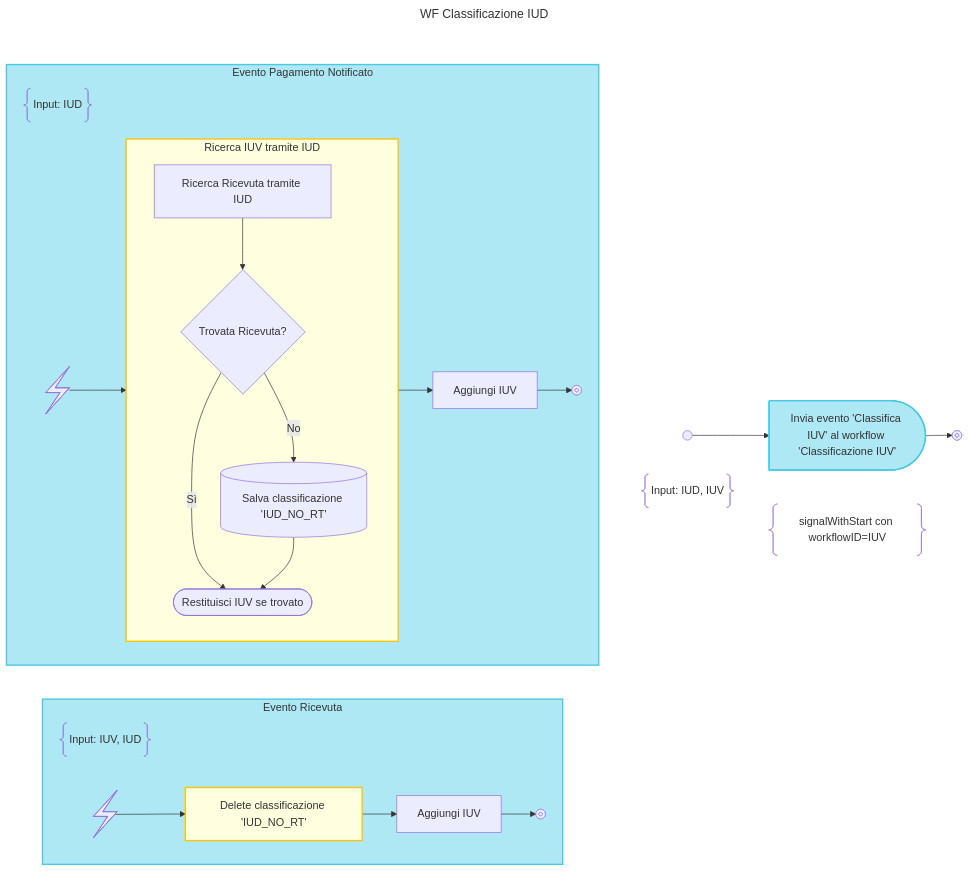
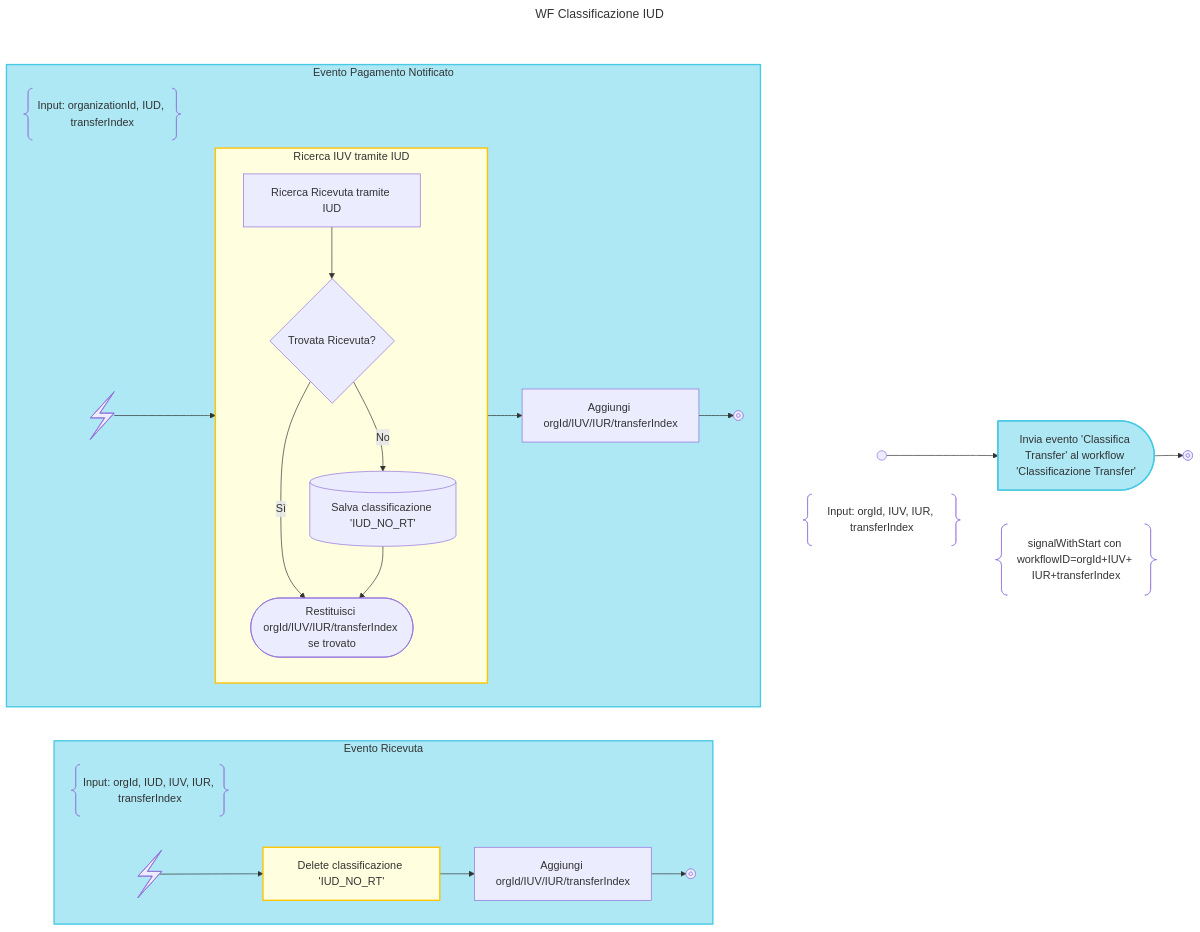
The diagram in design/workflow/classificazioneIncassi/06.classificazioneIud.mmd (pagopa/p4pa-doc), drawn with Mermaid before and after one commit. The commit also changed 20 other files, not shown here.

Commit message:
fix classification sequencing by orgId+IUV+IUR+transferIndex

```diff
--- a/design/workflow/classificazioneIncassi/06.classificazioneIud.mmd
+++ b/design/workflow/classificazioneIncassi/06.classificazioneIud.mmd
@@ -1,80 +1,80 @@
 ---
 title: WF Classificazione IUD
 config:
     flowchart:
         rankSpacing: 1
 ---
 flowchart TD
     subgraph WF_BLOCK
         subgraph NOTE_START_BLOCK
-            DESCRIPTION@{ shape: braces, label: "Input: IUD, IUV" }
+            DESCRIPTION@{ shape: braces, label: "Input: orgId, IUV, IUR, transferIndex" }
             START@{shape: start}
         end
         class NOTE_START_BLOCK hidden
 
         START -->
-        SIGNAL_IUV:::send-signal@{shape: delay, label: "Invia evento 'Classifica IUV' al workflow 'Classificazione IUV'"}
+        SIGNAL_IUV:::send-signal@{shape: delay, label: "Invia evento 'Classifica Transfer' al workflow 'Classificazione Transfer'"}
 
         subgraph NOTE_SIGNAL_IUV_BLOCK
             SIGNAL_IUV
-            NOTE_SIGNAL_IUV@{ shape: braces, label: "signalWithStart con workflowID=IUV" }
+            NOTE_SIGNAL_IUV@{ shape: braces, label: "signalWithStart con workflowID=orgId+IUV+ IUR+transferIndex" }
         end
         class NOTE_SIGNAL_IUV_BLOCK note_block
 
         SIGNAL_IUV --> END@{shape: stop}
     end
     class WF_BLOCK hidden
 
     subgraph SIGNALS_BLOCK
     direction LR
 
         subgraph SIGNAL_RT_BLOCK["Evento Ricevuta"]
         direction LR
-            DESCRIPTION_SIGNAL_RT@{ shape: braces, label: "Input: IUV, IUD" } -->
+            DESCRIPTION_SIGNAL_RT@{ shape: braces, label: "Input: orgId, IUD, IUV, IUR, transferIndex" } -->
             DUMMY1:::hidden --> DUMMY2:::hidden--> DUMMY3:::hidden
             linkStyle 2,3,4 display:none
 
             SIGNAL_RT@{ shape: bolt } -->
             DELETE_CLASSIFY_NULL_IUV:::activity@{label: "Delete classificazione 'IUD_NO_RT'"} -->
-            ADD_RT_IUV["Aggiungi IUV "] -->
+            ADD_RT_IUV["Aggiungi orgId/IUV/IUR/transferIndex "] -->
             SIGNAL_RT_END@{ shape: "stop" }
         end
         class SIGNAL_RT_BLOCK signal_block
 
         subgraph SIGNAL_RN_BLOCK["Evento Pagamento Notificato"]
         direction LR
-            DESCRIPTION_SIGNAL_RN@{ shape: braces, label: "Input: IUD" } -->
+            DESCRIPTION_SIGNAL_RN@{ shape: braces, label: "Input: organizationId, IUD, transferIndex" } -->
             DUMMY4:::hidden --> DUMMY5:::hidden --> DUMMY6:::hidden
             linkStyle 8,9,10 display:none;
 
 
 
             SIGNAL_RN@{ shape: bolt } --> FIND_RT_ACTIVITY
 
             subgraph FIND_RT_ACTIVITY["Ricerca IUV tramite IUD"]
                 FIND_RT_IUD["Ricerca Ricevuta tramite IUD"] -->
                 EXISTS_RT_IUD{"Trovata Ricevuta?"}
 
-                EXISTS_RT_IUD -->|Sì|RETURN_RT_IUV@{shape: terminal, label: "Restituisci IUV se trovato"}
+                EXISTS_RT_IUD -->|Sì|RETURN_RT_IUV@{shape: terminal, label: "Restituisci orgId/IUV/IUR/transferIndex se trovato"}
 
                 EXISTS_RT_IUD -->
                 |No|SAVE_RN_ANOMALY@{shape: database, label: "Salva classificazione 'IUD_NO_RT'"} -->
                 RETURN_RT_IUV
             end
             class FIND_RT_ACTIVITY activity
 
             FIND_RT_ACTIVITY -->
-            ADD_RN_IUV["Aggiungi IUV "] -->
+            ADD_RN_IUV["Aggiungi orgId/IUV/IUR/transferIndex "] -->
             SIGNAL_RN_END@{ shape: "stop" }
 
         end
         class SIGNAL_RN_BLOCK signal_block
     end
     class SIGNALS_BLOCK hidden
 
     classDef note_block display:none;
     classDef hidden display:none;
     classDef activity fill:#FFFFE0, stroke:#ffc300, stroke-width:2px;
     classDef loop fill:#CCFFCC, stroke:#7FBF7F, stroke-width:2px, padding-bottom: 5px;
     classDef signal_block fill:#ade8f4, stroke:#48cae4, stroke-width:2px
     classDef send-signal fill:#ade8f4, stroke:#48cae4, stroke-width:2px
```
